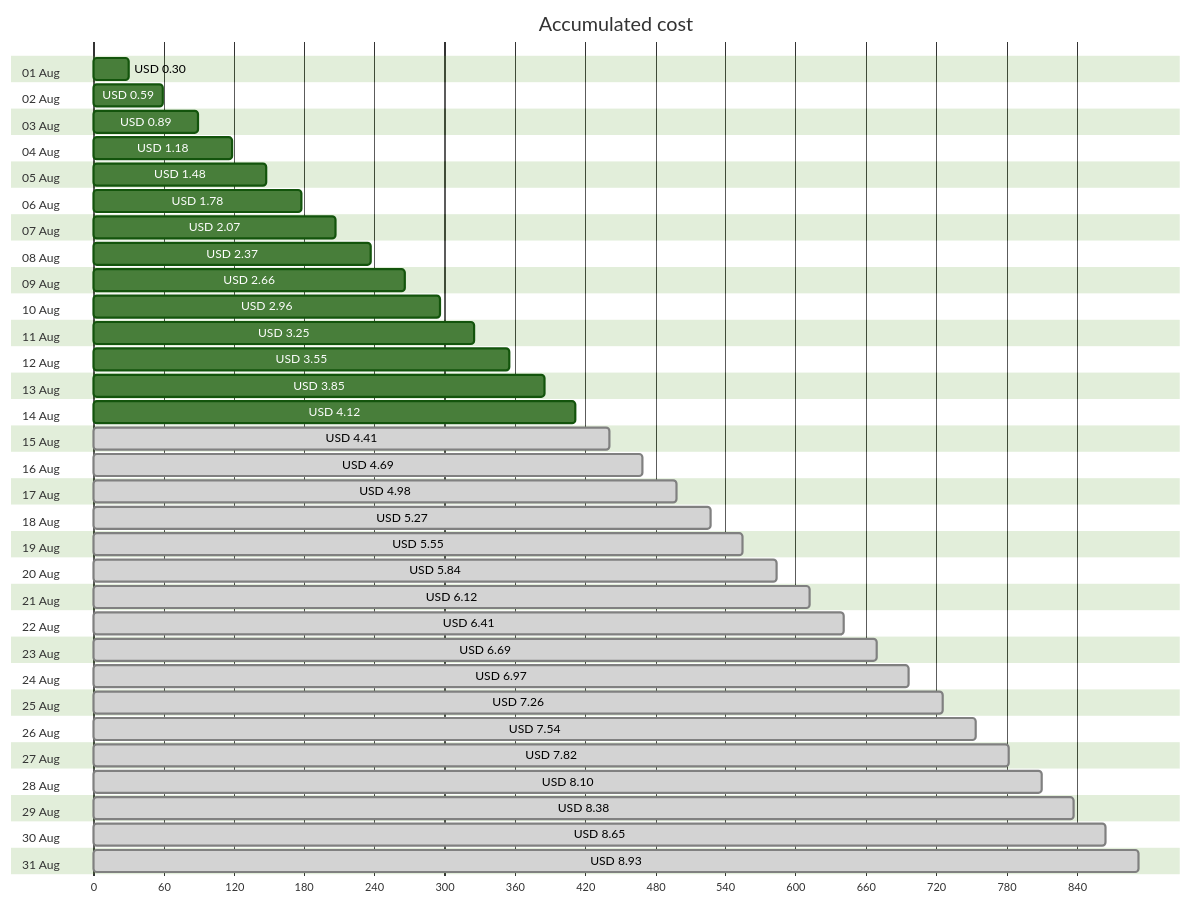
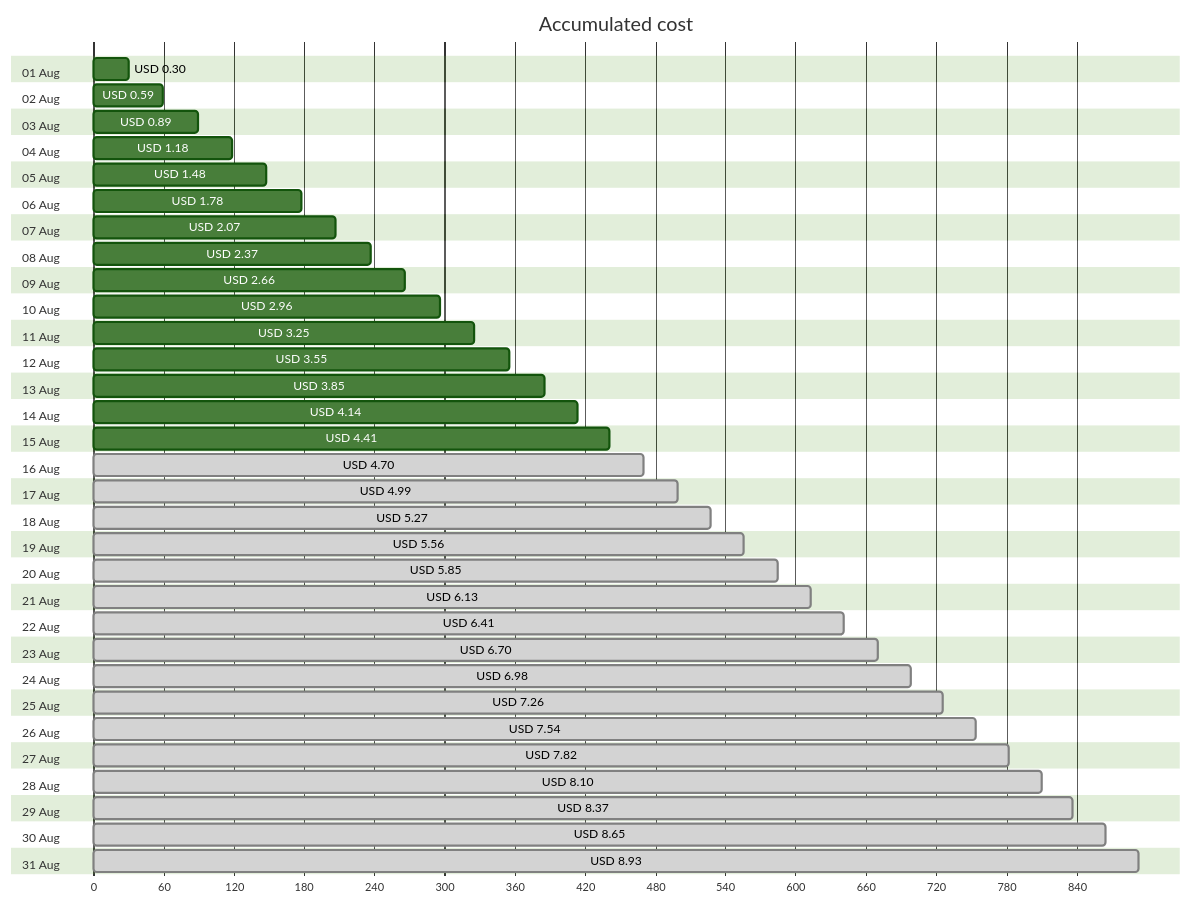
The first of 4 diagrams in cost-reports/personal-site/personal-site.md (jpfulton/azure-personal-reports), drawn with Mermaid (forest theme) before and after one commit. The commit also changed other lines of this file and 6 other files, not shown here.

````diff
--- a/cost-reports/personal-site/personal-site.md
+++ b/cost-reports/personal-site/personal-site.md
@@ -20,68 +20,68 @@
 ```mermaid
 gantt
    title Accumulated cost
    dateFormat  X
    axisFormat %s
    section 01 Aug
    USD 0.30 :0, 30
    section 02 Aug
    USD 0.59 :0, 59
    section 03 Aug
    USD 0.89 :0, 89
    section 04 Aug
    USD 1.18 :0, 118
    section 05 Aug
    USD 1.48 :0, 148
    section 06 Aug
    USD 1.78 :0, 178
    section 07 Aug
    USD 2.07 :0, 207
    section 08 Aug
    USD 2.37 :0, 237
    section 09 Aug
    USD 2.66 :0, 266
    section 10 Aug
    USD 2.96 :0, 296
    section 11 Aug
    USD 3.25 :0, 325
    section 12 Aug
    USD 3.55 :0, 355
    section 13 Aug
    USD 3.85 :0, 385
    section 14 Aug
-   USD 4.12 :0, 412
+   USD 4.14 :0, 414
    section 15 Aug
-   USD 4.41 : done, 0, 441
+   USD 4.41 :0, 441
    section 16 Aug
-   USD 4.69 : done, 0, 469
+   USD 4.70 : done, 0, 470
    section 17 Aug
-   USD 4.98 : done, 0, 498
+   USD 4.99 : done, 0, 499
    section 18 Aug
    USD 5.27 : done, 0, 527
    section 19 Aug
-   USD 5.55 : done, 0, 555
+   USD 5.56 : done, 0, 556
    section 20 Aug
-   USD 5.84 : done, 0, 584
+   USD 5.85 : done, 0, 585
    section 21 Aug
-   USD 6.12 : done, 0, 612
+   USD 6.13 : done, 0, 613
    section 22 Aug
    USD 6.41 : done, 0, 641
    section 23 Aug
-   USD 6.69 : done, 0, 669
+   USD 6.70 : done, 0, 670
    section 24 Aug
-   USD 6.97 : done, 0, 697
+   USD 6.98 : done, 0, 698
    section 25 Aug
    USD 7.26 : done, 0, 726
    section 26 Aug
    USD 7.54 : done, 0, 754
    section 27 Aug
    USD 7.82 : done, 0, 782
    section 28 Aug
    USD 8.10 : done, 0, 810
    section 29 Aug
-   USD 8.38 : done, 0, 838
+   USD 8.37 : done, 0, 837
    section 30 Aug
    USD 8.65 : done, 0, 865
    section 31 Aug
    USD 8.93 : done, 0, 893
 ```
````
